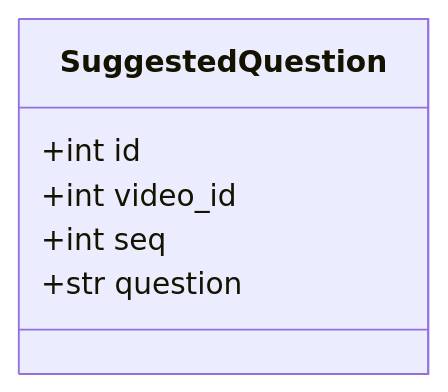
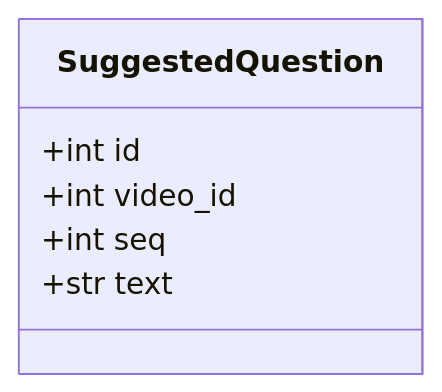
One commit to HoyoungParkme/video-agent changed the tenth of 18 diagrams in docs/specs/06-DOM/VA-DOM-002.md. Above: the diagram before and after it, drawn with Mermaid. The commit also changed other lines of this file, not shown here.

````diff
--- a/docs/specs/06-DOM/VA-DOM-002.md
+++ b/docs/specs/06-DOM/VA-DOM-002.md
@@ -298,9 +394,9 @@
 ```mermaid
 classDiagram
     class SuggestedQuestion {
         +int id
         +int video_id
         +int seq
-        +str question
+        +str text
     }
 ```
````
